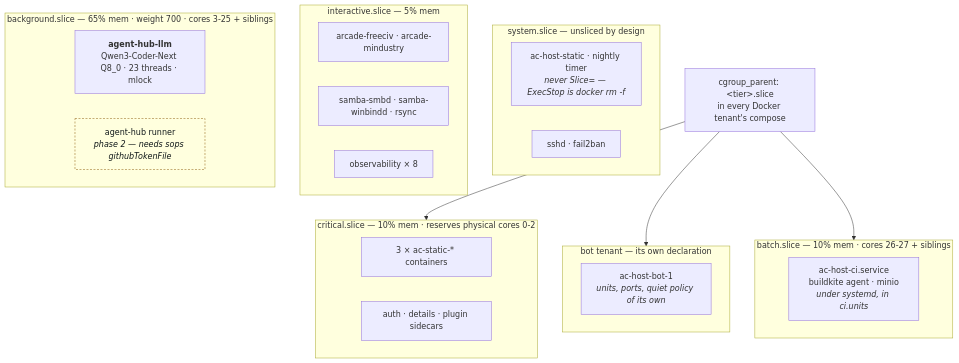
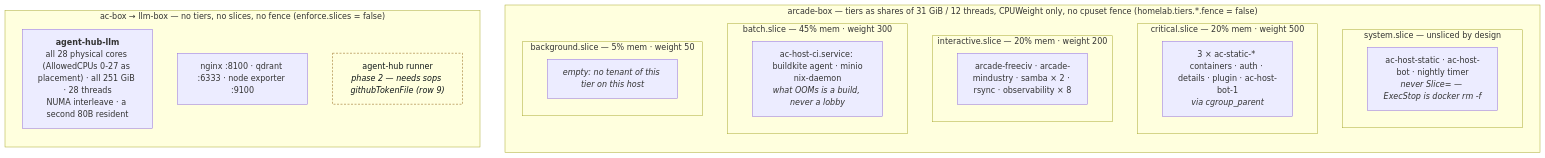
The fifth of 5 diagrams in docs/architecture.md (imkarrer/homelab), drawn with Mermaid before and after one commit. The commit also changed other lines of this file and 5 other files, not shown here.

````diff
--- a/docs/architecture.md
+++ b/docs/architecture.md
@@ -296,33 +328,31 @@
 ```mermaid
 flowchart TB
-    subgraph SYS ["system.slice — unsliced by design"]
-        S1["ac-host-static · nightly timer<br/><i>never Slice= — ExecStop is docker rm -f</i>"]
-        S2["sshd · fail2ban"]
-    end
-    subgraph CRIT ["critical.slice — 10% mem · reserves physical cores 0-2"]
-        C1["3 × ac-static-* containers"]
-        C2["auth · details · plugin sidecars"]
-    end
-    subgraph BOT ["bot tenant — its own declaration"]
-        C3["ac-host-bot-1<br/><i>units, ports, quiet policy of its own</i>"]
-    end
-    subgraph INT ["interactive.slice — 5% mem"]
-        I1["arcade-freeciv · arcade-mindustry"]
-        I2["samba-smbd · samba-winbindd · rsync"]
-        I3["observability × 8"]
-    end
-    subgraph BG ["background.slice — 65% mem · weight 700 · cores 3-25 + siblings"]
-        G1["<b>agent-hub-llm</b><br/>Qwen3-Coder-Next Q8_0 · 23 threads · mlock"]
-        G2["agent-hub runner<br/><i>phase 2 — needs sops githubTokenFile</i>"]
-    end
-    subgraph BAT ["batch.slice — 10% mem · cores 26-27 + siblings"]
-        T1["ac-host-ci.service<br/>buildkite agent · minio<br/><i>under systemd, in ci.units</i>"]
+    subgraph ARC ["arcade-box — tiers as shares of 31 GiB / 12 threads, CPUWeight only, no cpuset fence (homelab.tiers.*.fence = false)"]
+        direction TB
+        subgraph SYS ["system.slice — unsliced by design"]
+            S1["ac-host-static · ac-host-bot · nightly timer<br/><i>never Slice= — ExecStop is docker rm -f</i>"]
+        end
+        subgraph CRIT ["critical.slice — 20% mem · weight 500"]
+            C1["3 × ac-static-* containers · auth · details · plugin · ac-host-bot-1<br/><i>via cgroup_parent</i>"]
+        end
+        subgraph INT ["interactive.slice — 20% mem · weight 200"]
+            I1["arcade-freeciv · arcade-mindustry · samba × 2 · rsync · observability × 8"]
+        end
+        subgraph BAT ["batch.slice — 45% mem · weight 300"]
+            T1["ac-host-ci.service: buildkite agent · minio<br/>nix-daemon<br/><i>what OOMs is a build, never a lobby</i>"]
+        end
+        subgraph BG ["background.slice — 5% mem · weight 50"]
+            G0["<i>empty: no tenant of this tier on this host</i>"]
+        end
     end
 
-    COMPOSE["cgroup_parent: &lt;tier&gt;.slice<br/>in every Docker tenant's compose"] --> CRIT
-    COMPOSE --> BOT
-    COMPOSE --> BAT
+    subgraph Z ["ac-box → llm-box — no tiers, no slices, no fence (enforce.slices = false)"]
+        direction TB
+        Z1["<b>agent-hub-llm</b><br/>all 28 physical cores (AllowedCPUs 0-27 as placement) · all 251 GiB · 28 threads<br/>NUMA interleave · a second 80B resident"]
+        Z2["nginx :8100 · qdrant :6333 · node exporter :9100"]
+        Z3["agent-hub runner<br/><i>phase 2 — needs sops githubTokenFile (row 9)</i>"]
+    end
 
     classDef phase2 fill:none,stroke:#8d5c0c,stroke-dasharray:4 3,color:#101819;
-    class G2 phase2;
+    class Z3 phase2;
 ```
````
